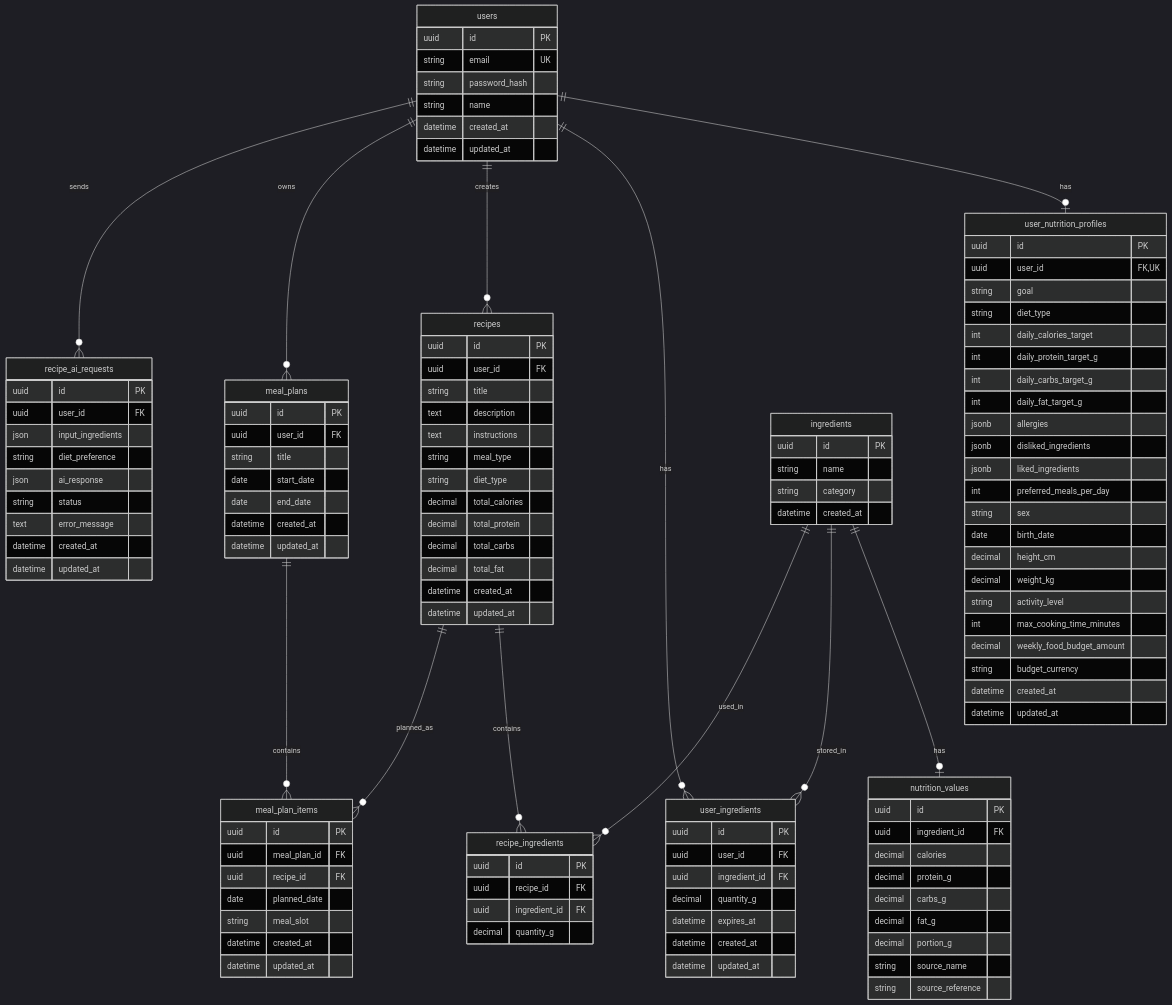
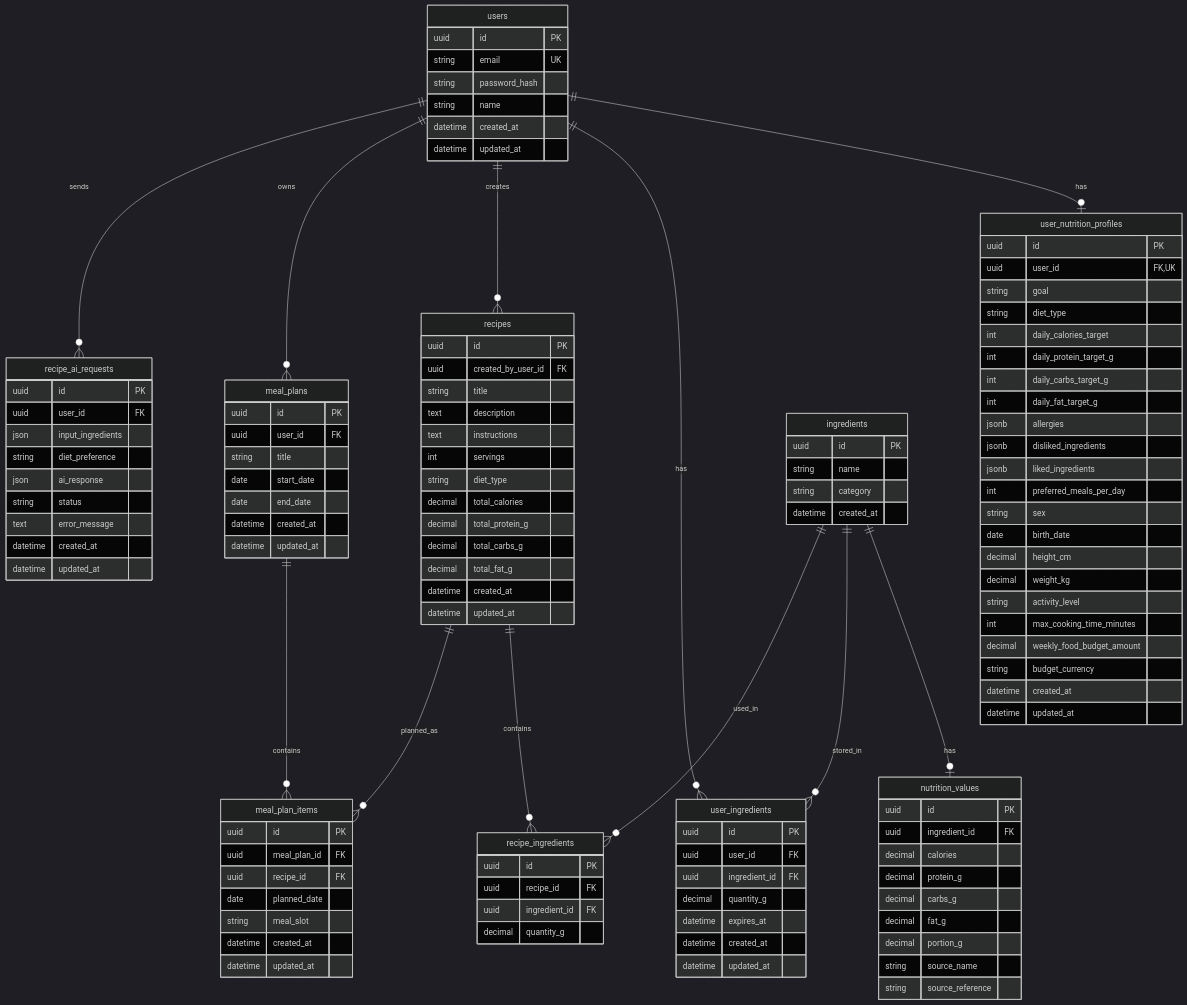
Before and after one commit to Pavel404-dev/Mealio: the diagram in docs/database/erd.md, drawn with Mermaid (dark theme). The commit also changed other lines of this file and 11 other files, not shown here.

```diff
--- a/docs/database/erd.md
+++ b/docs/database/erd.md
@@ -109,16 +109,16 @@
 
     recipes {
         uuid id PK
-        uuid user_id FK
+        uuid created_by_user_id FK
         string title
         text description
         text instructions
-        string meal_type
+        int servings
         string diet_type
         decimal total_calories
-        decimal total_protein
-        decimal total_carbs
-        decimal total_fat
+        decimal total_protein_g
+        decimal total_carbs_g
+        decimal total_fat_g
         datetime created_at
         datetime updated_at
     }
```
